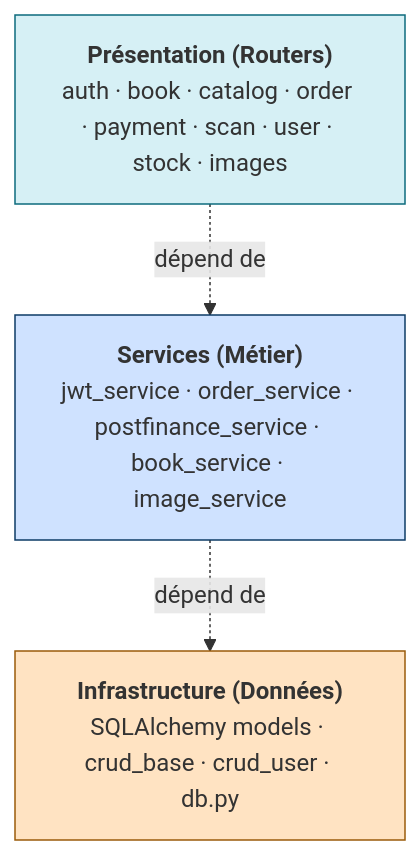
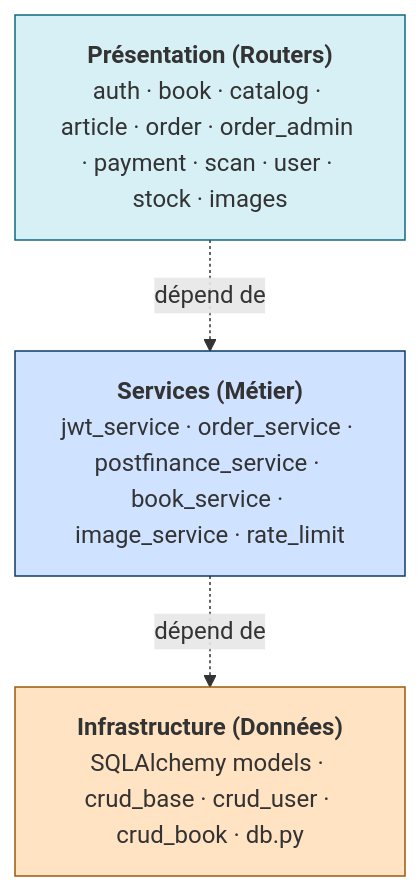
The diagram in diagrams/architecture_couches.mmd (Visualstudiocodetest/caribooks), drawn with Mermaid before and after one commit. The commit also changed 27 other files, not shown here.

```diff
--- a/diagrams/architecture_couches.mmd
+++ b/diagrams/architecture_couches.mmd
@@ -1,15 +1,15 @@
 %% Architecture en couches (Clean Architecture) — Backend FastAPI
 flowchart TB
-    pres["<b>Présentation (Routers)</b><br/>auth · book · catalog · order · payment · scan · user · stock · images"]
-    svc["<b>Services (Métier)</b><br/>jwt_service · order_service · postfinance_service · book_service · image_service"]
-    infra["<b>Infrastructure (Données)</b><br/>SQLAlchemy models · crud_base · crud_user · db.py"]
+    pres["<b>Présentation (Routers)</b><br/>auth · book · catalog · article · order · order_admin · payment · scan · user · stock · images"]
+    svc["<b>Services (Métier)</b><br/>jwt_service · order_service · postfinance_service · book_service · image_service · rate_limit"]
+    infra["<b>Infrastructure (Données)</b><br/>SQLAlchemy models · crud_base · crud_user · crud_book · db.py"]
 
     pres -.->|dépend de| svc
     svc -.->|dépend de| infra
 
     classDef pres fill:#d6f0f5,stroke:#0d6b7d;
     classDef svc fill:#cfe2ff,stroke:#0d3b66;
     classDef infra fill:#ffe3c2,stroke:#9a5b0a;
     class pres pres;
     class svc svc;
     class infra infra;
```
